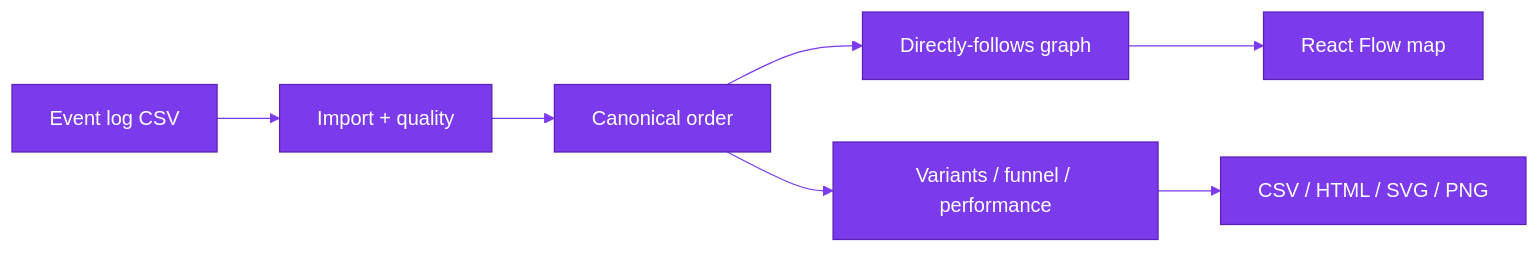
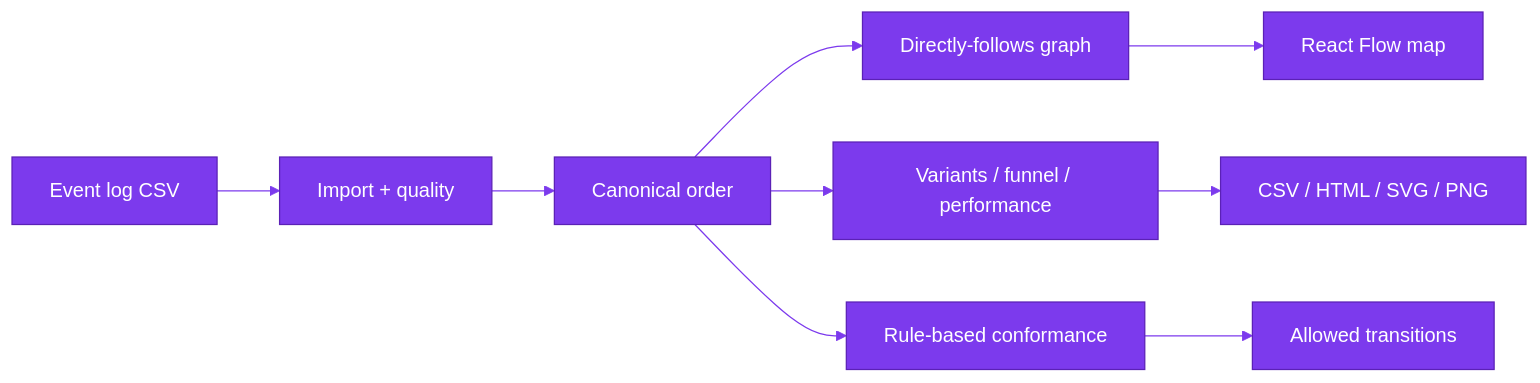
One commit to hasanhuseyinyetkiner/hiring-process-miner changed the diagram in README.md. Above: the diagram before and after it, drawn with Mermaid. The commit also changed other lines of this file and 14 other files, not shown here.

````diff
--- a/README.md
+++ b/README.md
@@ -113,21 +147,23 @@
 ```mermaid
 %%{init: {
   "theme": "base",
   "themeVariables": {
     "primaryColor": "#7C3AED",
     "primaryTextColor": "#ffffff",
     "primaryBorderColor": "#5B21B6",
     "lineColor": "#7C3AED",
     "secondaryColor": "#EDE9FE",
     "tertiaryColor": "#F5F3FF",
     "fontFamily": "ui-sans-serif, system-ui, sans-serif"
   }
 }}%%
 flowchart LR
   CSV[Event log CSV] --> I[Import + quality]
   I --> O[Canonical order]
   O --> DFG[Directly-follows graph]
   O --> KPI[Variants / funnel / performance]
+  O --> Conf[Rule-based conformance]
   DFG --> UI[React Flow map]
   KPI --> EXP[CSV / HTML / SVG / PNG]
+  Conf --> Model[Allowed transitions]
 ```
````
